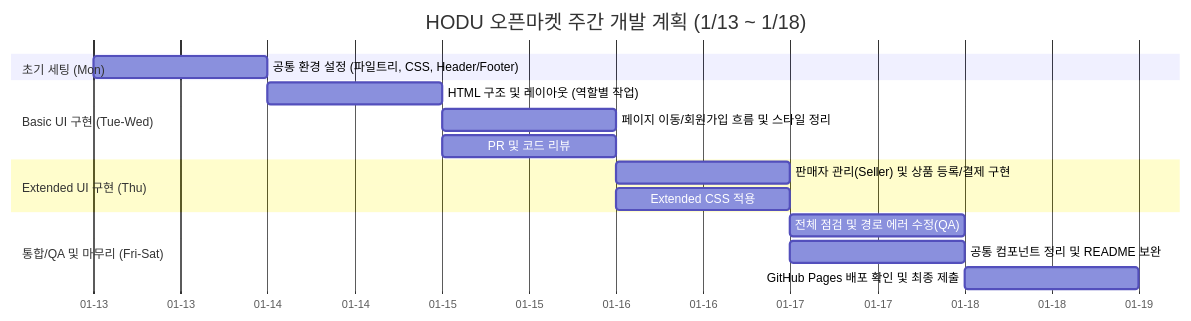
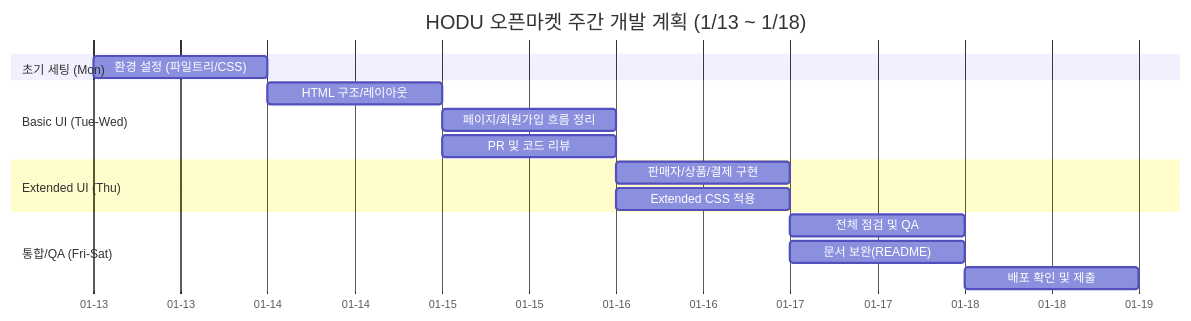
Before and after one commit to DongmyeongBack/openMarket: the first of 4 diagrams in README.md, drawn with Mermaid.

Commit message:
wbs 간소화

````diff
--- a/README.md
+++ b/README.md
@@ -42,23 +42,23 @@
 ```mermaid
 gantt
     title HODU 오픈마켓 주간 개발 계획 (1/13 ~ 1/18)
     dateFormat YYYY-MM-DD
     axisFormat %m-%d
 
     section 초기 세팅 (Mon)
-        공통 환경 설정 (파일트리, CSS, Header/Footer) :2026-01-13, 1d
+        환경 설정 (파일트리/CSS)       :2026-01-13, 1d
 
-    section Basic UI 구현 (Tue-Wed)
-        HTML 구조 및 레이아웃 (역할별 작업)          :2026-01-14, 1d
-        페이지 이동/회원가입 흐름 및 스타일 정리      :2026-01-15, 1d
-        PR 및 코드 리뷰                            :2026-01-15, 1d
+    section Basic UI (Tue-Wed)
+        HTML 구조/레이아웃            :2026-01-14, 1d
+        페이지/회원가입 흐름 정리      :2026-01-15, 1d
+        PR 및 코드 리뷰               :2026-01-15, 1d
 
-    section Extended UI 구현 (Thu)
-        판매자 관리(Seller) 및 상품 등록/결제 구현    :2026-01-16, 1d
-        Extended CSS 적용                         :2026-01-16, 1d
+    section Extended UI (Thu)
+        판매자/상품/결제 구현          :2026-01-16, 1d
+        Extended CSS 적용            :2026-01-16, 1d
 
-    section 통합/QA 및 마무리 (Fri-Sat)
-        전체 점검 및 경로 에러 수정(QA)             :2026-01-17, 1d
-        공통 컴포넌트 정리 및 README 보완            :2026-01-17, 1d
-        GitHub Pages 배포 확인 및 최종 제출          :2026-01-18, 1d
+    section 통합/QA (Fri-Sat)
+        전체 점검 및 QA               :2026-01-17, 1d
+        문서 보완(README)             :2026-01-17, 1d
+        배포 확인 및 제출              :2026-01-18, 1d
 ```
````
